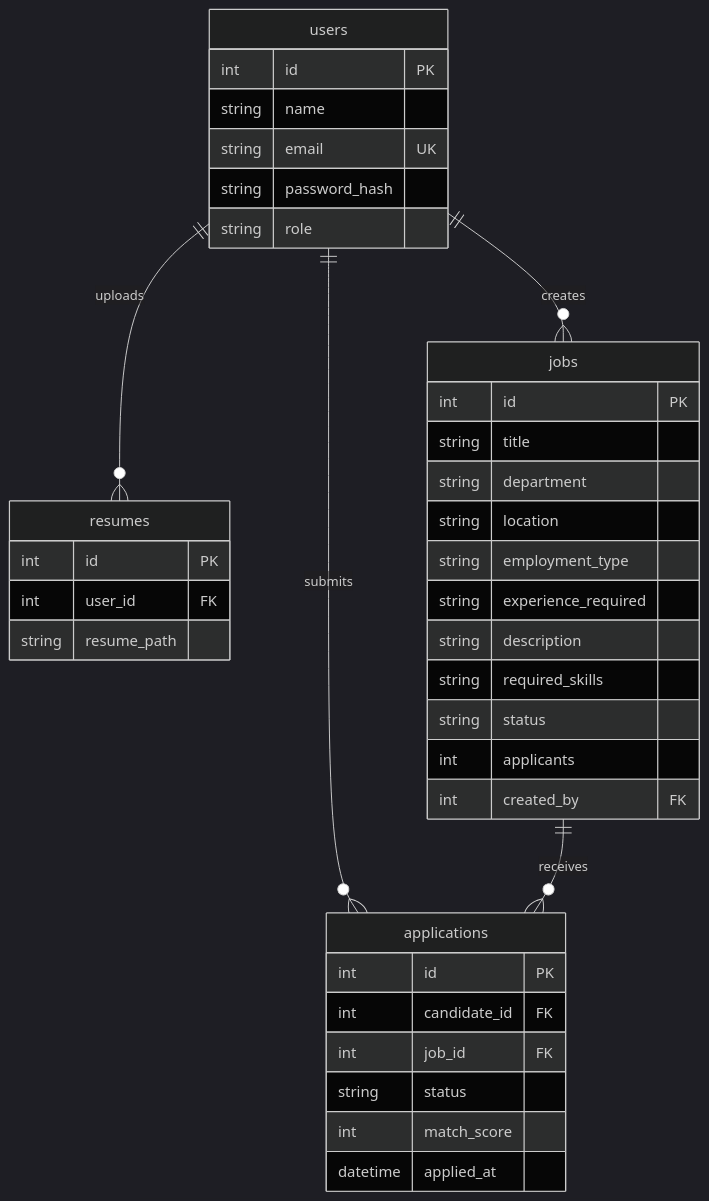
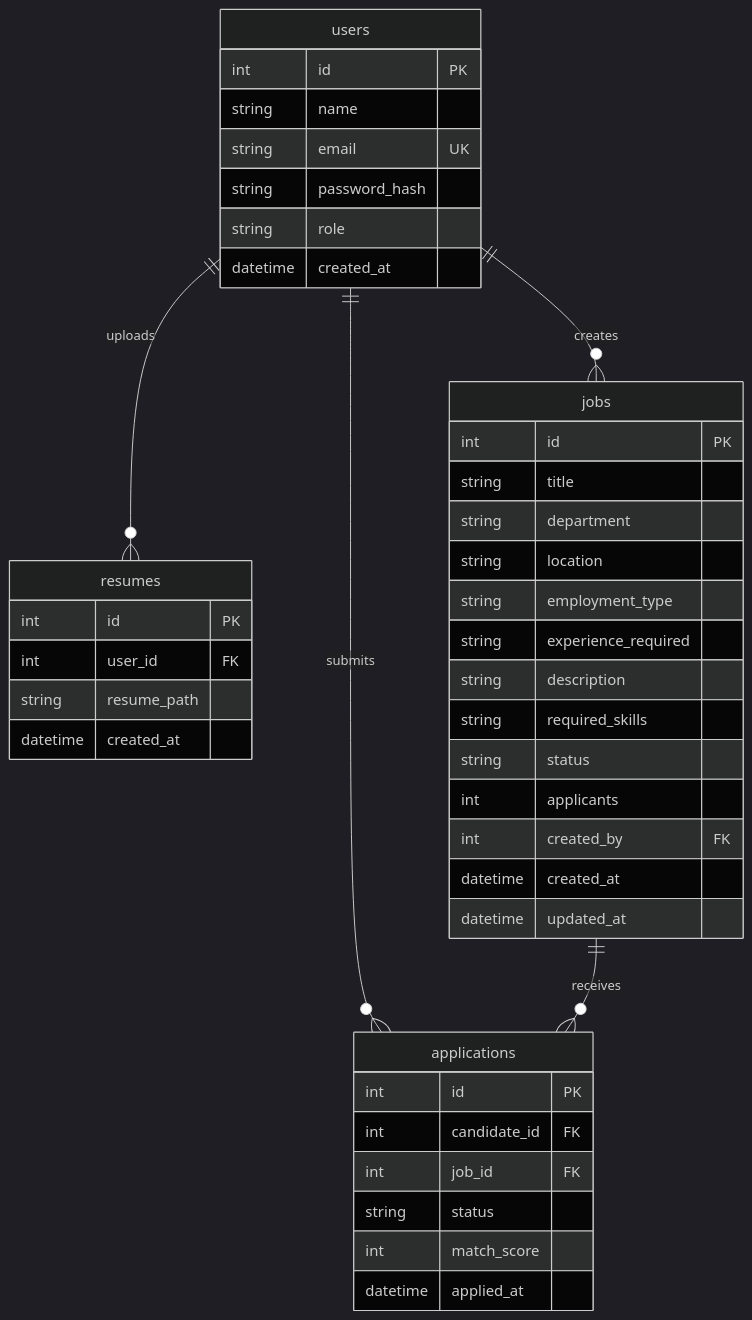
One commit to mansi-wagh/RecruitIQ changed the third of 3 diagrams in README.md. Above: the diagram before and after it, drawn with Mermaid (dark theme). The commit also changed other lines of this file and 6 other files, not shown here.

Commit message:
docs: update README documentation with enhanced feature descriptions, architecture diagrams, and new screenshots.

````diff
--- a/README.md
+++ b/README.md
@@ -89,41 +166,45 @@
 ```mermaid
 erDiagram
     users {
         int id PK
         string name
         string email UK
         string password_hash
         string role
+        datetime created_at
     }
     resumes {
         int id PK
         int user_id FK
         string resume_path
+        datetime created_at
     }
     jobs {
         int id PK
         string title
         string department
         string location
         string employment_type
         string experience_required
         string description
         string required_skills
         string status
         int applicants
         int created_by FK
+        datetime created_at
+        datetime updated_at
     }
     applications {
         int id PK
         int candidate_id FK
         int job_id FK
         string status
         int match_score
         datetime applied_at
     }
 
     users ||--o{ resumes : "uploads"
     users ||--o{ jobs : "creates"
     users ||--o{ applications : "submits"
     jobs ||--o{ applications : "receives"
 ```
````
